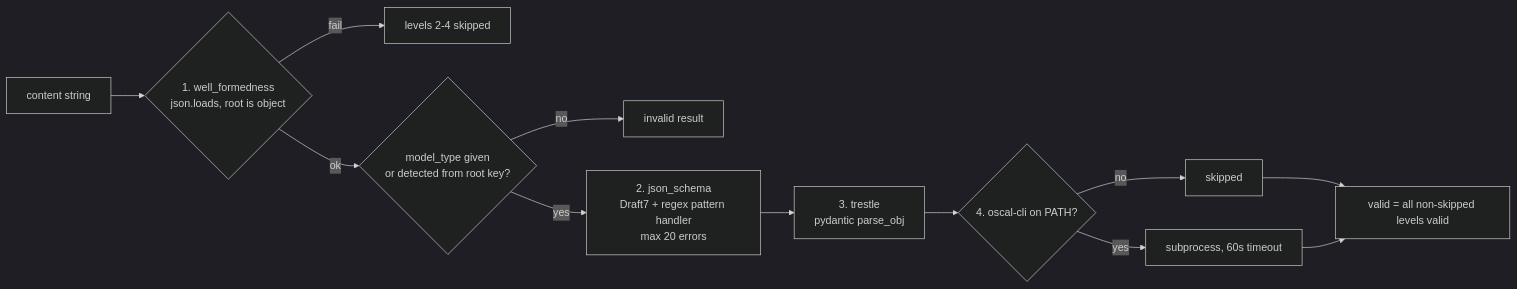
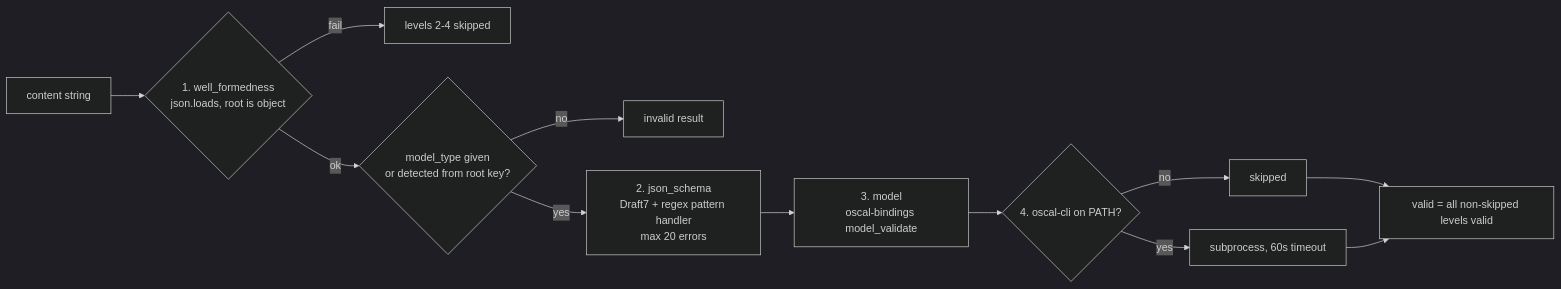
Before and after one commit to dfkunstler/mcp-server-for-oscal: the first of 2 diagrams in .agents/summary/interfaces.md, drawn with Mermaid (dark theme). The commit also changed other lines of this file and 37 other files, not shown here.

First line of the commit message:
Replace compliance-trestle with oscal-bindings (#27)

````diff
--- a/.agents/summary/interfaces.md
+++ b/.agents/summary/interfaces.md
@@ -22,14 +22,14 @@
 ```mermaid
 flowchart LR
     In[content string] --> L1{1. well_formedness<br/>json.loads, root is object}
     L1 -- fail --> Skip[levels 2-4 skipped]
     L1 -- ok --> MT{model_type given<br/>or detected from root key?}
     MT -- no --> Err[invalid result]
     MT -- yes --> L2[2. json_schema<br/>Draft7 + regex pattern handler<br/>max 20 errors]
-    L2 --> L3[3. trestle<br/>pydantic parse_obj]
+    L2 --> L3[3. model<br/>oscal-bindings model_validate]
     L3 --> L4{4. oscal-cli on PATH?}
     L4 -- no --> S4[skipped]
     L4 -- yes --> R4[subprocess, 60s timeout]
     S4 --> Out[valid = all non-skipped levels valid]
     R4 --> Out
 ```
````
